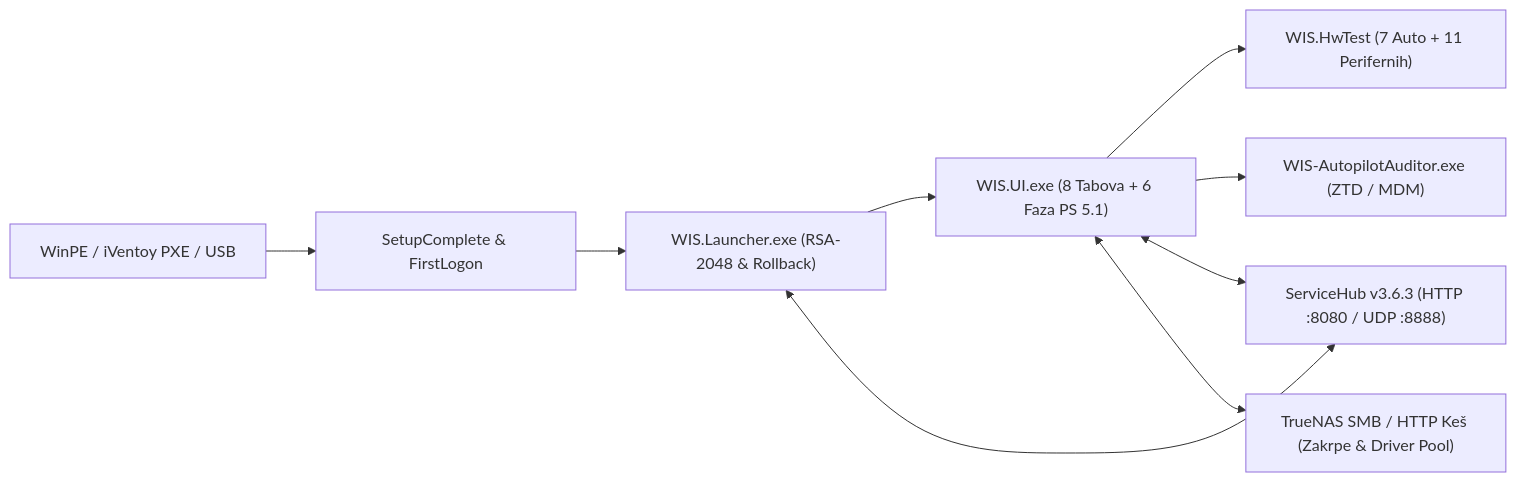
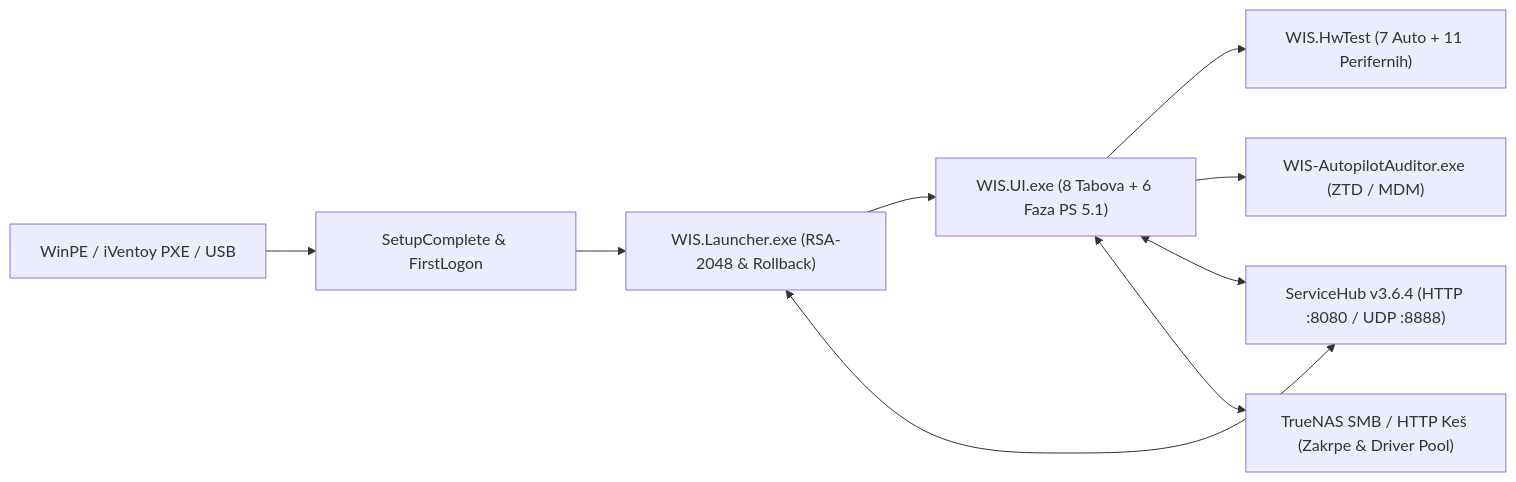
One commit to Gruya13/WIS changed the diagram in README.md. Above: the diagram before and after it, drawn with Mermaid. The commit also changed other lines of this file and 46 other files, not shown here.

Commit message:
Release WIS v3.4.4 / ServiceHub v3.6.4 (WIS-TASK-269 & 270: V344-01..04, IMP-36..52)

````diff
--- a/README.md
+++ b/README.md
@@ -27,11 +27,11 @@
 ```mermaid
 flowchart LR
     PXE["WinPE / iVentoy PXE / USB"] --> BOOT["SetupComplete & FirstLogon"]
     BOOT --> LAUNCHER["WIS.Launcher.exe (RSA-2048 & Rollback)"]
     LAUNCHER --> UI["WIS.UI.exe (8 Tabova + 6 Faza PS 5.1)"]
     UI --> HWTEST["WIS.HwTest (7 Auto + 11 Perifernih)"]
     UI --> AUDITOR["WIS-AutopilotAuditor.exe (ZTD / MDM)"]
-    LAUNCHER <--> HUB["ServiceHub v3.6.3 (HTTP :8080 / UDP :8888)"]
+    LAUNCHER <--> HUB["ServiceHub v3.6.4 (HTTP :8080 / UDP :8888)"]
     UI <--> HUB
     UI <--> NAS["TrueNAS SMB / HTTP Keš (Zakrpe & Driver Pool)"]
 ```
````
